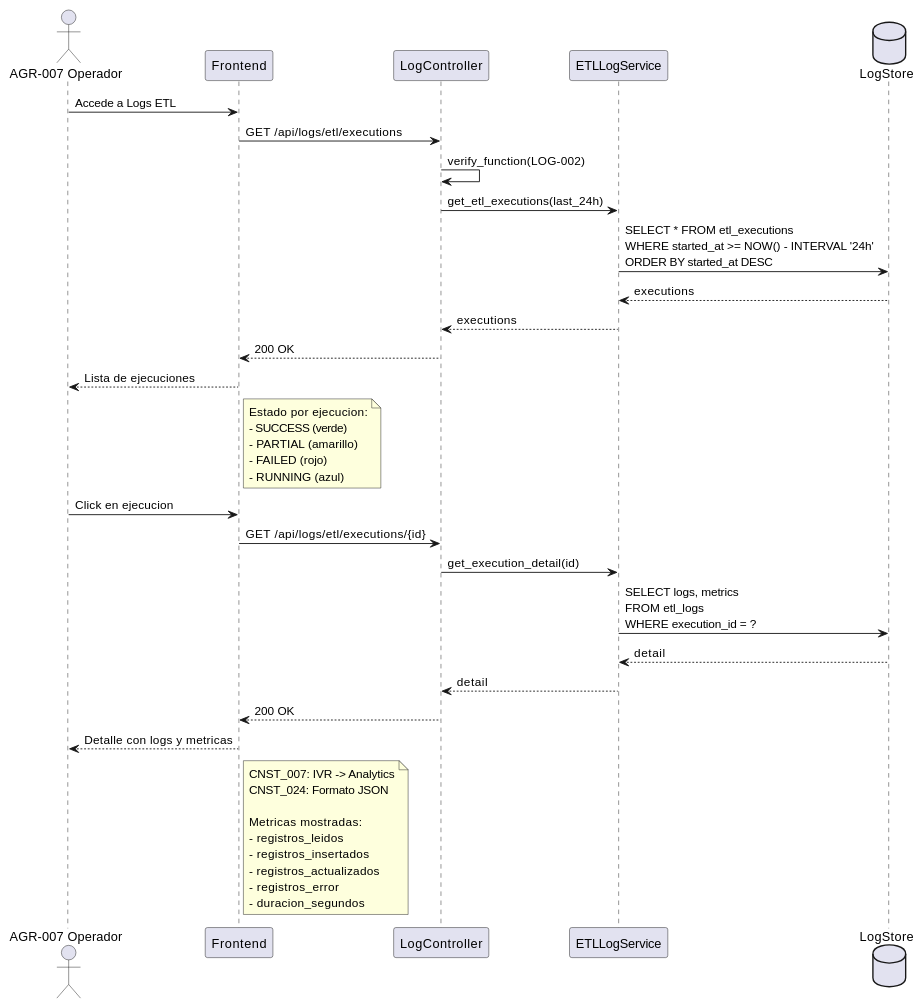
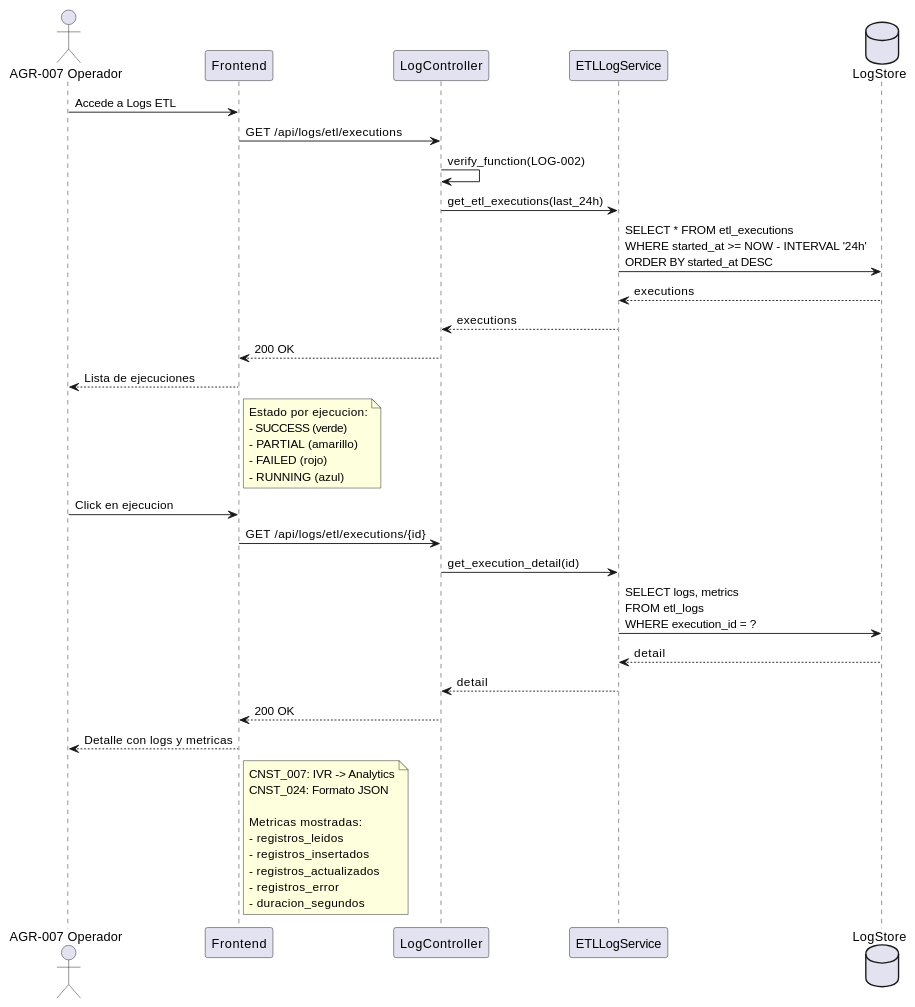
Before and after one commit to jcg-admin/IACT-docs: the second of 3 diagrams in source/requisitos/casos_uso/logs/UC_LOG_02_Consultar_Logs_ETL.rst, drawn with PlantUML. The commit also changed other lines of this file and 376 other files, not shown here.

```diff
--- a/source/requisitos/casos_uso/logs/UC_LOG_02_Consultar_Logs_ETL.rst
+++ b/source/requisitos/casos_uso/logs/UC_LOG_02_Consultar_Logs_ETL.rst
@@ -153,50 +153,50 @@
 .. uml::
-   :caption: Diagrama de Secuencia - UC_LOG_02
+ :caption: Diagrama de Secuencia - UC_LOG_02
 
-   @startuml
-   actor "AGR-007 Operador" as O
-   participant "Frontend" as FE
-   participant "LogController" as LC
-   participant "ETLLogService" as ELS
-   database "LogStore" as DB
+ @startuml
+ actor "AGR-007 Operador" as O
+ participant "Frontend" as FE
+ participant "LogController" as LC
+ participant "ETLLogService" as ELS
+ database "LogStore" as DB
 
-   O -> FE: Accede a Logs ETL
-   FE -> LC: GET /api/logs/etl/executions
-   LC -> LC: verify_function(LOG-002)
+ O -> FE: Accede a Logs ETL
+ FE -> LC: GET /api/logs/etl/executions
+ LC -> LC: verify_function(LOG-002)
 
-   LC -> ELS: get_etl_executions(last_24h)
-   ELS -> DB: SELECT * FROM etl_executions\nWHERE started_at >= NOW() - INTERVAL '24h'\nORDER BY started_at DESC
-   DB --> ELS: executions
-   ELS --> LC: executions
-   LC --> FE: 200 OK
-   FE --> O: Lista de ejecuciones
+ LC -> ELS: get_etl_executions(last_24h)
+ ELS -> DB: SELECT * FROM etl_executions\nWHERE started_at >= NOW - INTERVAL '24h'\nORDER BY started_at DESC
+ DB --> ELS: executions
+ ELS --> LC: executions
+ LC --> FE: 200 OK
+ FE --> O: Lista de ejecuciones
 
-   note right of FE
-     Estado por ejecucion:
-     - SUCCESS (verde)
-     - PARTIAL (amarillo)
-     - FAILED (rojo)
-     - RUNNING (azul)
-   end note
+ note right of FE
+ Estado por ejecucion:
+ - SUCCESS (verde)
+ - PARTIAL (amarillo)
+ - FAILED (rojo)
+ - RUNNING (azul)
+ end note
 
-   O -> FE: Click en ejecucion
-   FE -> LC: GET /api/logs/etl/executions/{id}
-   LC -> ELS: get_execution_detail(id)
-   ELS -> DB: SELECT logs, metrics\nFROM etl_logs\nWHERE execution_id = ?
-   DB --> ELS: detail
-   ELS --> LC: detail
-   LC --> FE: 200 OK
-   FE --> O: Detalle con logs y metricas
+ O -> FE: Click en ejecucion
+ FE -> LC: GET /api/logs/etl/executions/{id}
+ LC -> ELS: get_execution_detail(id)
+ ELS -> DB: SELECT logs, metrics\nFROM etl_logs\nWHERE execution_id = ?
+ DB --> ELS: detail
+ ELS --> LC: detail
+ LC --> FE: 200 OK
+ FE --> O: Detalle con logs y metricas
 
-   note right of FE
-     CNST_007: IVR -> Analytics
-     CNST_024: Formato JSON
+ note right of FE
+ CNST_007: IVR -> Analytics
+ CNST_024: Formato JSON
 
-     Metricas mostradas:
-     - registros_leidos
-     - registros_insertados
-     - registros_actualizados
-     - registros_error
-     - duracion_segundos
-   end note
-   @enduml
+ Metricas mostradas:
+ - registros_leidos
+ - registros_insertados
+ - registros_actualizados
+ - registros_error
+ - duracion_segundos
+ end note
+ @enduml
```
